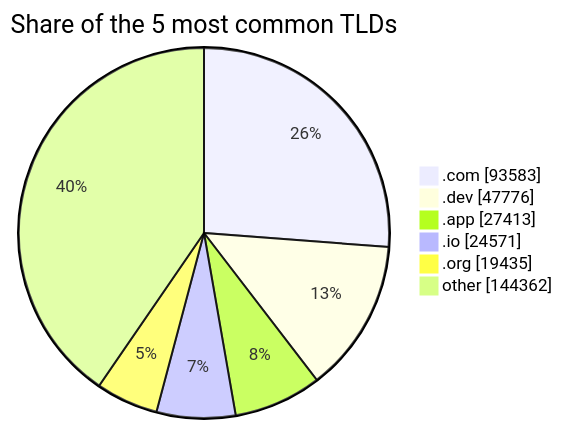
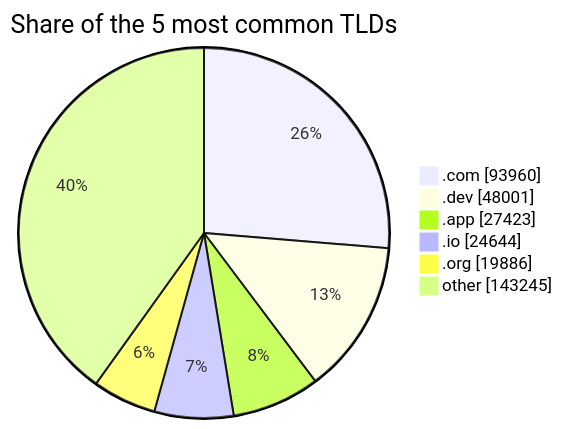
The third of 3 diagrams in README.md (DNSBunker/CTI), drawn with Mermaid before and after one commit. The commit also changed other lines of this file and 3 other files, not shown here.

````diff
--- a/README.md
+++ b/README.md
@@ -81,9 +81,9 @@
 ```mermaid
 pie showData title Share of the 5 most common TLDs
-    ".com" : 93583
-    ".dev" : 47776
-    ".app" : 27413
-    ".io" : 24571
-    ".org" : 19435
-    "other" : 144362
+    ".com" : 93960
+    ".dev" : 48001
+    ".app" : 27423
+    ".io" : 24644
+    ".org" : 19886
+    "other" : 143245
 ```
````
